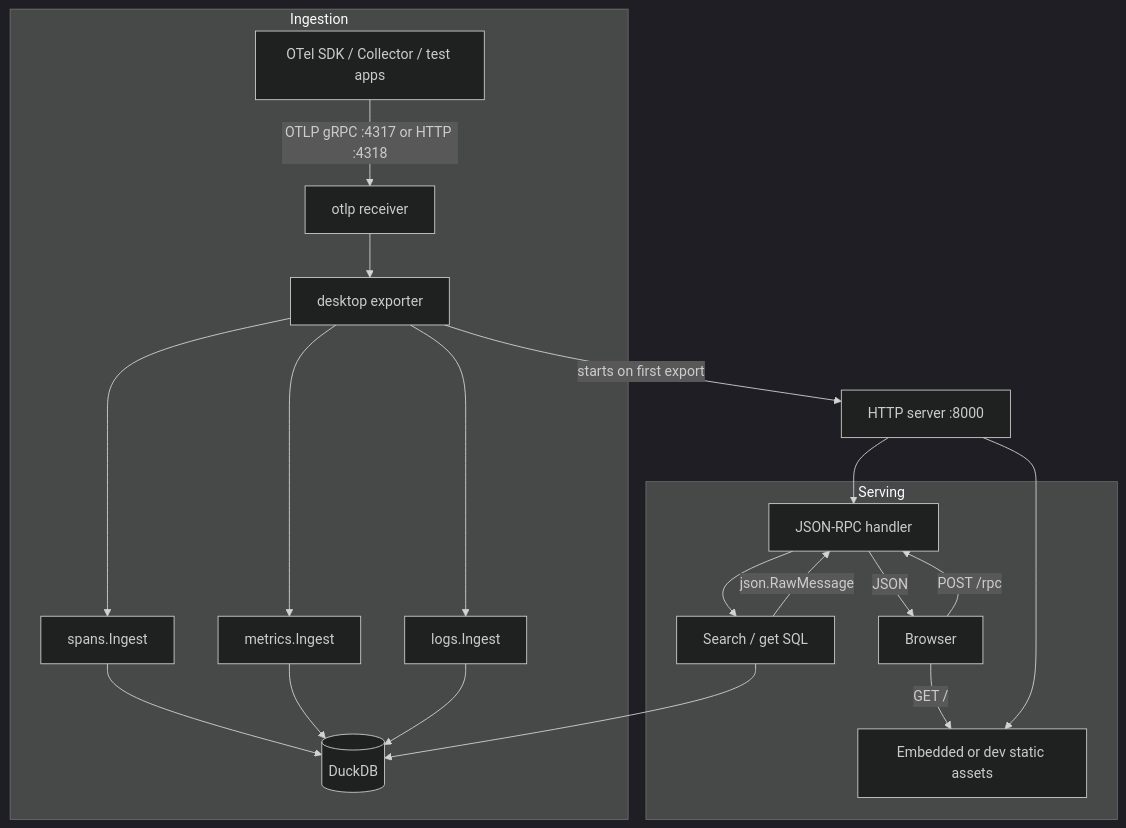
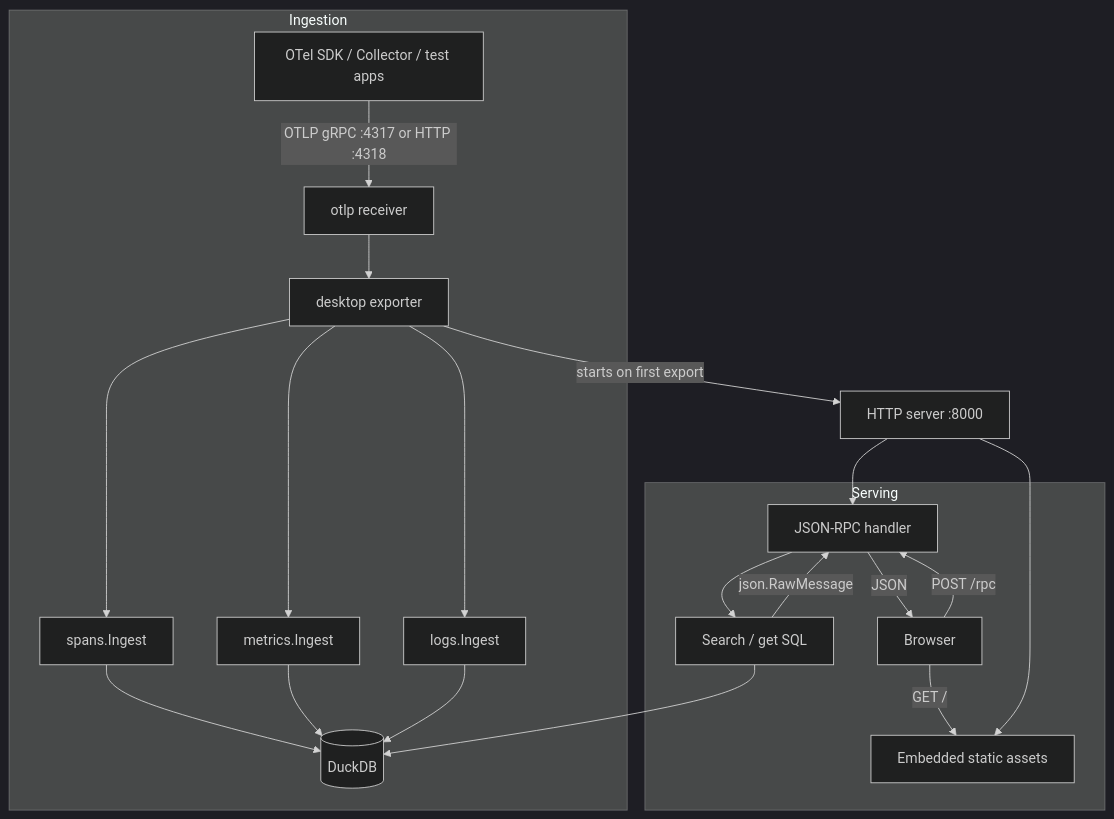
One commit to CtrlSpice/otel-desktop-viewer changed the diagram in ARCHITECTURE.md. Above: the diagram before and after it, drawn with Mermaid (dark theme). The commit also changed other lines of this file and 45 other files, not shown here.

````diff
--- a/ARCHITECTURE.md
+++ b/ARCHITECTURE.md
@@ -9,26 +9,26 @@
 ```mermaid
 flowchart TB
   subgraph ingest [Ingestion]
     SDK[OTel SDK / Collector / test apps] -->|OTLP gRPC :4317 or HTTP :4318| OTLP[otlp receiver]
     OTLP --> Desktop[desktop exporter]
     Desktop --> Spans[spans.Ingest]
     Desktop --> Metrics[metrics.Ingest]
     Desktop --> Logs[logs.Ingest]
     Spans --> DuckDB[(DuckDB)]
     Metrics --> DuckDB
     Logs --> DuckDB
   end
 
   subgraph serve [Serving]
-    Browser[Browser] -->|GET /| Static[Embedded or dev static assets]
+    Browser[Browser] -->|GET /| Static[Embedded static assets]
     Browser -->|POST /rpc| RPC[JSON-RPC handler]
     RPC --> Query[Search / get SQL]
     Query --> DuckDB
     Query -->|json.RawMessage| RPC
     RPC -->|JSON| Browser
   end
 
   Desktop -->|starts on first export| HTTP[HTTP server :8000]
   HTTP --> Static
   HTTP --> RPC
 ```
````
